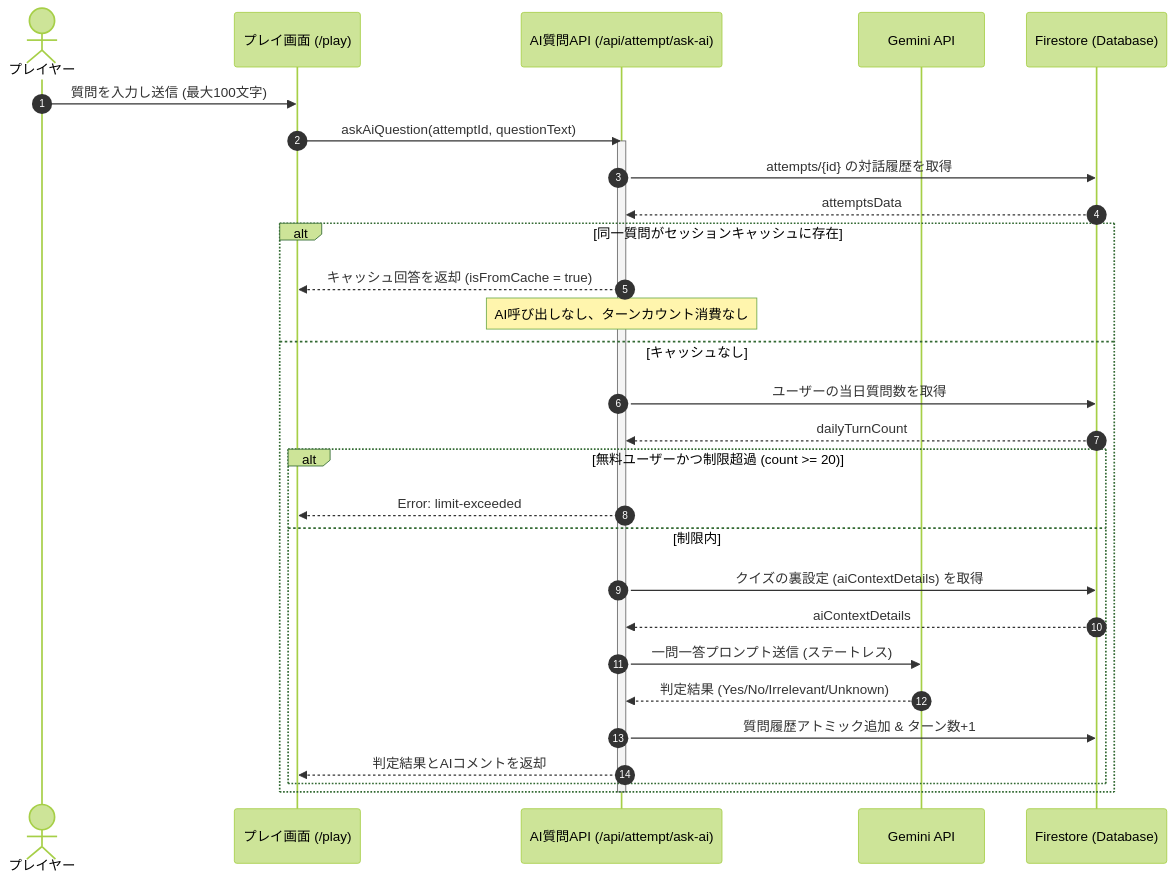
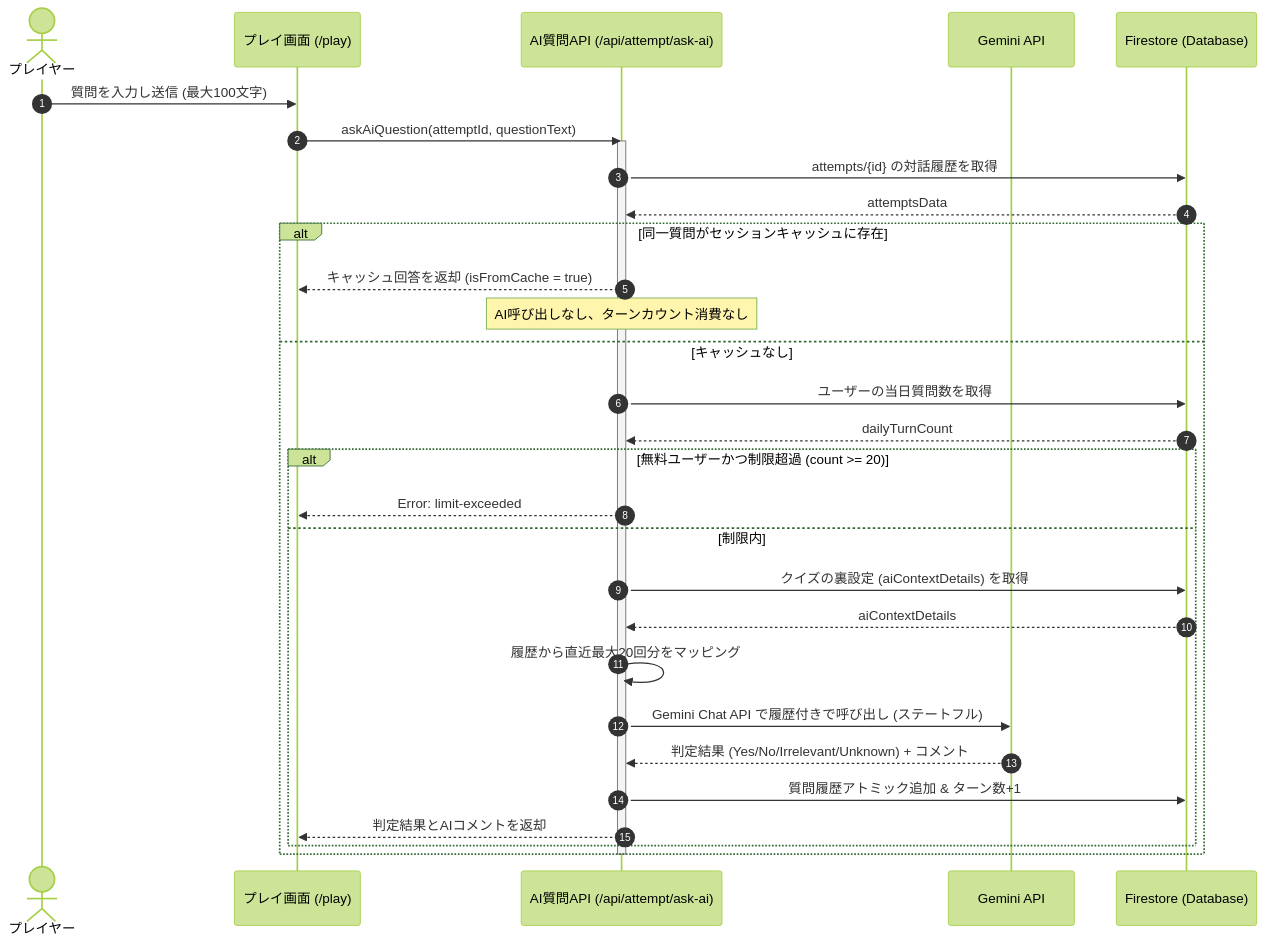
Before and after one commit to npressoworks/quizetika: the second of 4 diagrams in .kiro/specs/quizeum-core/design.md, drawn with Mermaid (forest theme). The commit also changed other lines of this file and 4 other files, not shown here.

````diff
--- a/.kiro/specs/quizeum-core/design.md
+++ b/.kiro/specs/quizeum-core/design.md
@@ -129,34 +134,35 @@
 ```mermaid
 sequenceDiagram
     autonumber
     actor Player as プレイヤー
     participant Client as プレイ画面 (/play)
     participant API as AI質問API (/api/attempt/ask-ai)
     participant AI as Gemini API
     participant DB as Firestore (Database)
 
     Player->>Client: 質問を入力し送信 (最大100文字)
     Client->>API: askAiQuestion(attemptId, questionText)
     activate API
     API->>DB: attempts/{id} の対話履歴を取得
     DB-->>API: attemptsData
     
     alt 同一質問がセッションキャッシュに存在
         API-->>Client: キャッシュ回答を返却 (isFromCache = true)
         Note over API: AI呼び出しなし、ターンカウント消費なし
     else キャッシュなし
         API->>DB: ユーザーの当日質問数を取得
         DB-->>API: dailyTurnCount
         alt 無料ユーザーかつ制限超過 (count >= 20)
             API-->>Client: Error: limit-exceeded
         else 制限内
             API->>DB: クイズの裏設定 (aiContextDetails) を取得
             DB-->>API: aiContextDetails
-            API->>AI: 一問一答プロンプト送信 (ステートレス)
-            AI-->>API: 判定結果 (Yes/No/Irrelevant/Unknown)
+            API->>API: 履歴から直近最大20回分をマッピング
+            API->>AI: Gemini Chat API で履歴付きで呼び出し (ステートフル)
+            AI-->>API: 判定結果 (Yes/No/Irrelevant/Unknown) + コメント
             API->>DB: 質問履歴アトミック追加 & ターン数+1
             API-->>Client: 判定結果とAIコメントを返却
         end
     end
     deactivate API
 ```
````
